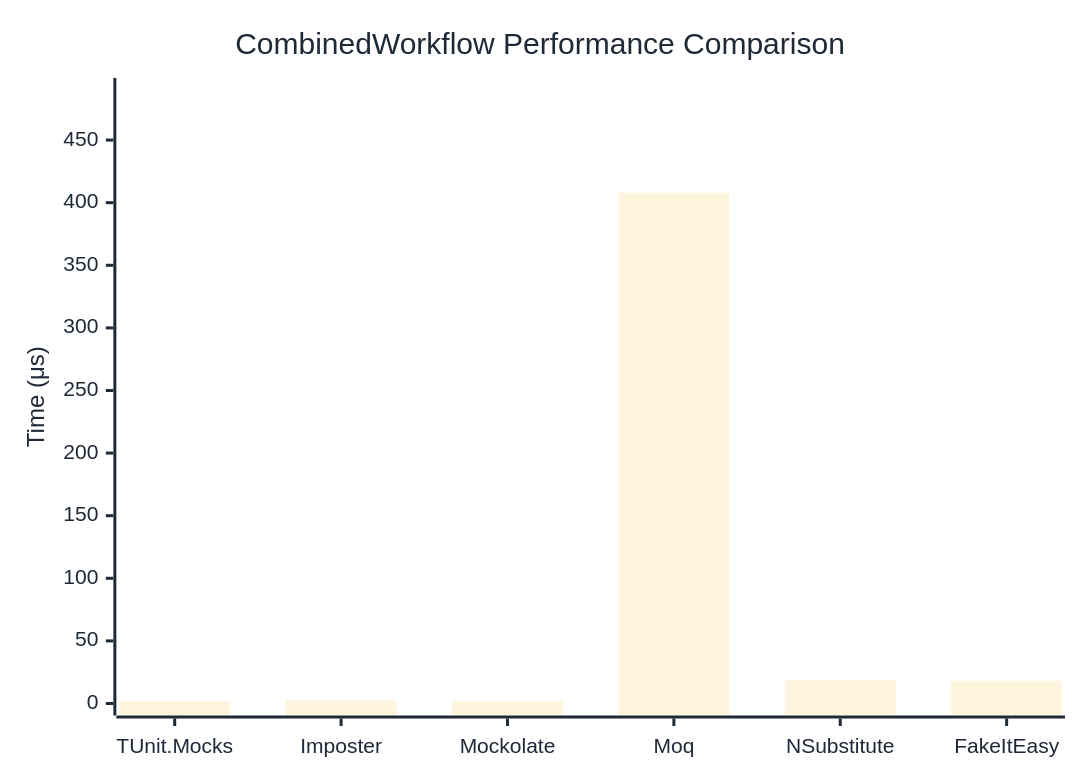
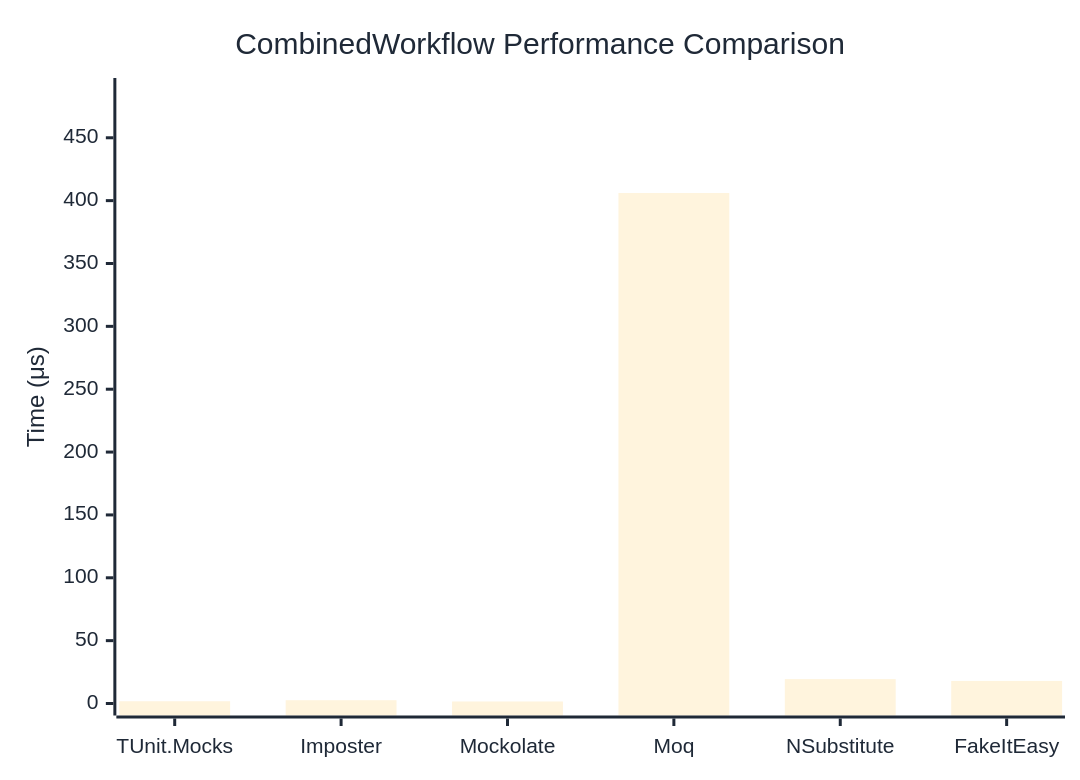
The diagram in docs/docs/benchmarks/mocks/CombinedWorkflow.md (thomhurst/TUnit), drawn with Mermaid before and after one commit. The commit also changed other lines of this file and 14 other files, not shown here.

````diff
--- a/docs/docs/benchmarks/mocks/CombinedWorkflow.md
+++ b/docs/docs/benchmarks/mocks/CombinedWorkflow.md
@@ -30,27 +30,27 @@
 ```mermaid
 %%{init: {
   'theme':'base',
   'themeVariables': {
     'primaryColor': '#2563eb',
     'primaryTextColor': '#1f2937',
     'primaryBorderColor': '#1e40af',
     'lineColor': '#6b7280',
     'secondaryColor': '#7c3aed',
     'tertiaryColor': '#dc2626',
     'background': '#ffffff',
     'pie1': '#2563eb',
     'pie2': '#7c3aed',
     'pie3': '#dc2626',
     'pie4': '#f59e0b',
     'pie5': '#10b981',
     'pie6': '#06b6d4',
     'pie7': '#ec4899',
     'pie8': '#6366f1'
   }
 }}%%
 xychart-beta
   title "CombinedWorkflow Performance Comparison"
   x-axis ["TUnit.Mocks", "Imposter", "Mockolate", "Moq", "NSubstitute", "FakeItEasy"]
-  y-axis "Time (μs)" 0 --> 490
-  bar [1.802, 2.627, 1.625, 407.967, 18.82, 18.189]
+  y-axis "Time (μs)" 0 --> 488
+  bar [1.798, 2.608, 1.601, 406.084, 19.41, 17.953]
 ```
````
